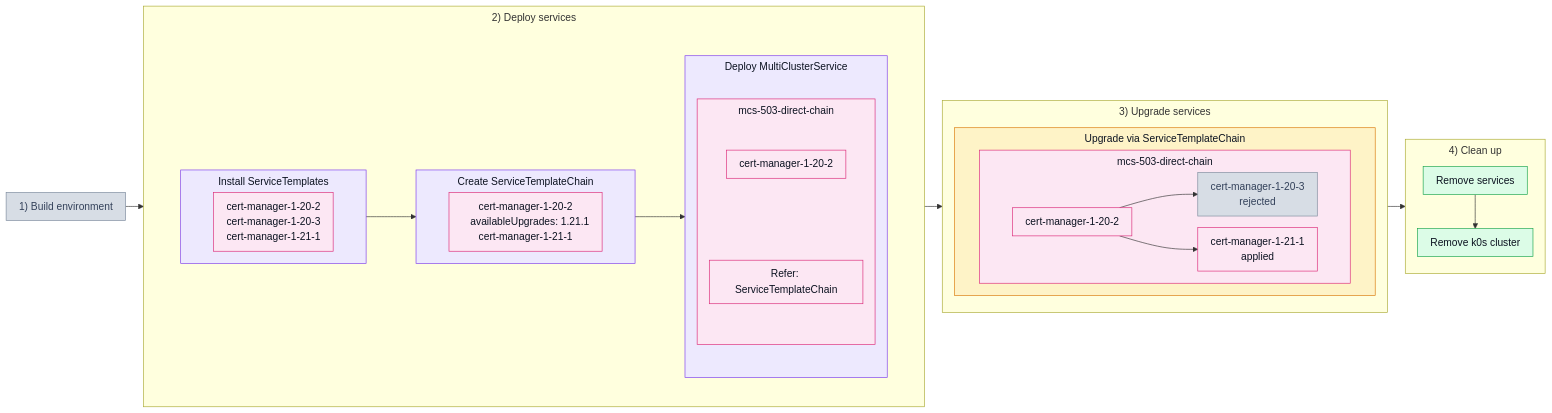
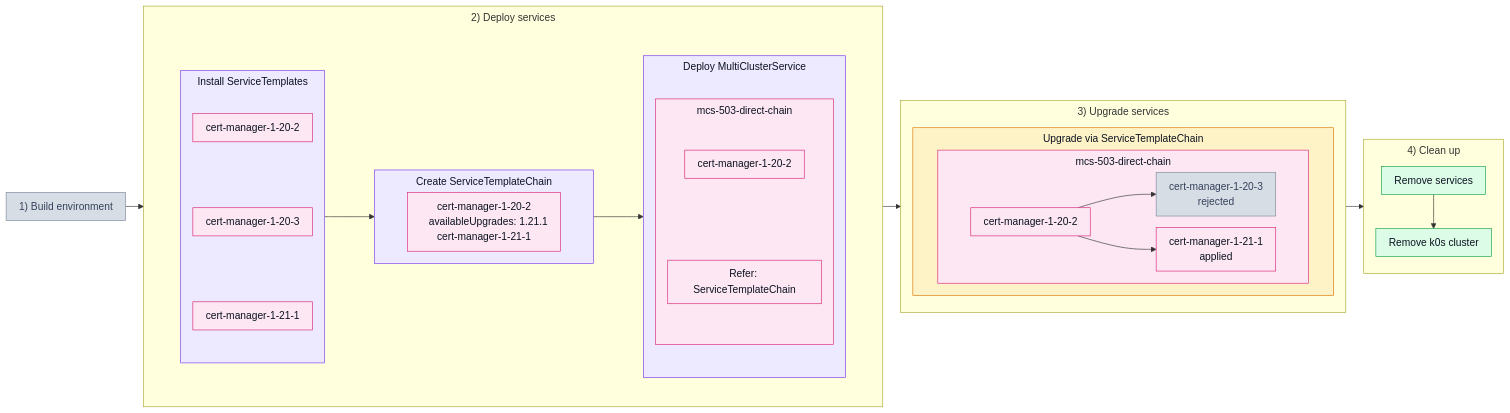
The diagram in test_scenarios/503_direct_chain.md (josef-hak/ksm-tests), drawn with Mermaid before and after one commit. The commit also changed 3 other files, not shown here.

Commit message:
docs: one box per ServiceTemplate, chain step in the overall schema

````diff
--- a/test_scenarios/503_direct_chain.md
+++ b/test_scenarios/503_direct_chain.md
@@ -18,58 +18,59 @@
 ```mermaid
 %%{init: {'flowchart': {'padding': 10, 'nodeSpacing': 18, 'rankSpacing': 28, 'subGraphTitleMargin': {'top': 6, 'bottom': 10}}}}%%
 flowchart LR
     P1["1) Build environment"]
 
     subgraph P2["2) Deploy services"]
         subgraph W2[" "]
             direction LR
             subgraph D1["Install ServiceTemplates"]
-                T1["cert-manager-1-20-2<br/>cert-manager-1-20-3<br/>cert-manager-1-21-1"]
+                direction TB
+                T1["cert-manager-1-20-2"] ~~~ T2["cert-manager-1-20-3"] ~~~ T3["cert-manager-1-21-1"]
             end
 
             subgraph D3["Create ServiceTemplateChain"]
                 H1["cert-manager-1-20-2<br/>&nbsp;&nbsp;&nbsp;availableUpgrades: 1.21.1<br/>cert-manager-1-21-1"]
             end
 
             subgraph D2["Deploy MultiClusterService"]
                 direction TB
                 subgraph DM["mcs-503-direct-chain"]
                     direction TB
                     M1["cert-manager-1-20-2"] ~~~ R1["Refer: ServiceTemplateChain"]
                 end
             end
 
             D1 --> D3 --> D2
         end
     end
 
     subgraph P3["3) Upgrade services"]
         subgraph U2["Upgrade via ServiceTemplateChain"]
             subgraph UM["mcs-503-direct-chain"]
                 direction LR
                 V1["cert-manager-1-20-2"] --> V2["cert-manager-1-20-3<br/>rejected"]
                 V1 --> V3["cert-manager-1-21-1<br/>applied"]
             end
         end
     end
 
     subgraph P4["4) Clean up"]
         C1["Remove services"] --> C2["Remove k0s cluster"]
     end
 
     P1 --> P2 --> P3 --> P4
 
     classDef off fill:#d7dde5,stroke:#7c8a9c,color:#33415a
     classDef purple fill:#ede9fe,stroke:#7c3aed,color:#0b1220
     classDef pink fill:#fce7f3,stroke:#db2777,color:#0b1220
     classDef amber fill:#fef3c7,stroke:#d97706,color:#0b1220
     classDef green fill:#dcfce7,stroke:#16a34a,color:#0b1220
     classDef bare fill:none,stroke:none
 
     class P1,V2 off
     class D1,D2,D3 purple
-    class DM,T1,H1,M1,R1,UM,V1,V3 pink
+    class DM,T1,T2,T3,H1,M1,R1,UM,V1,V3 pink
     class U2 amber
     class C1,C2 green
     class W2 bare
 ```
````
